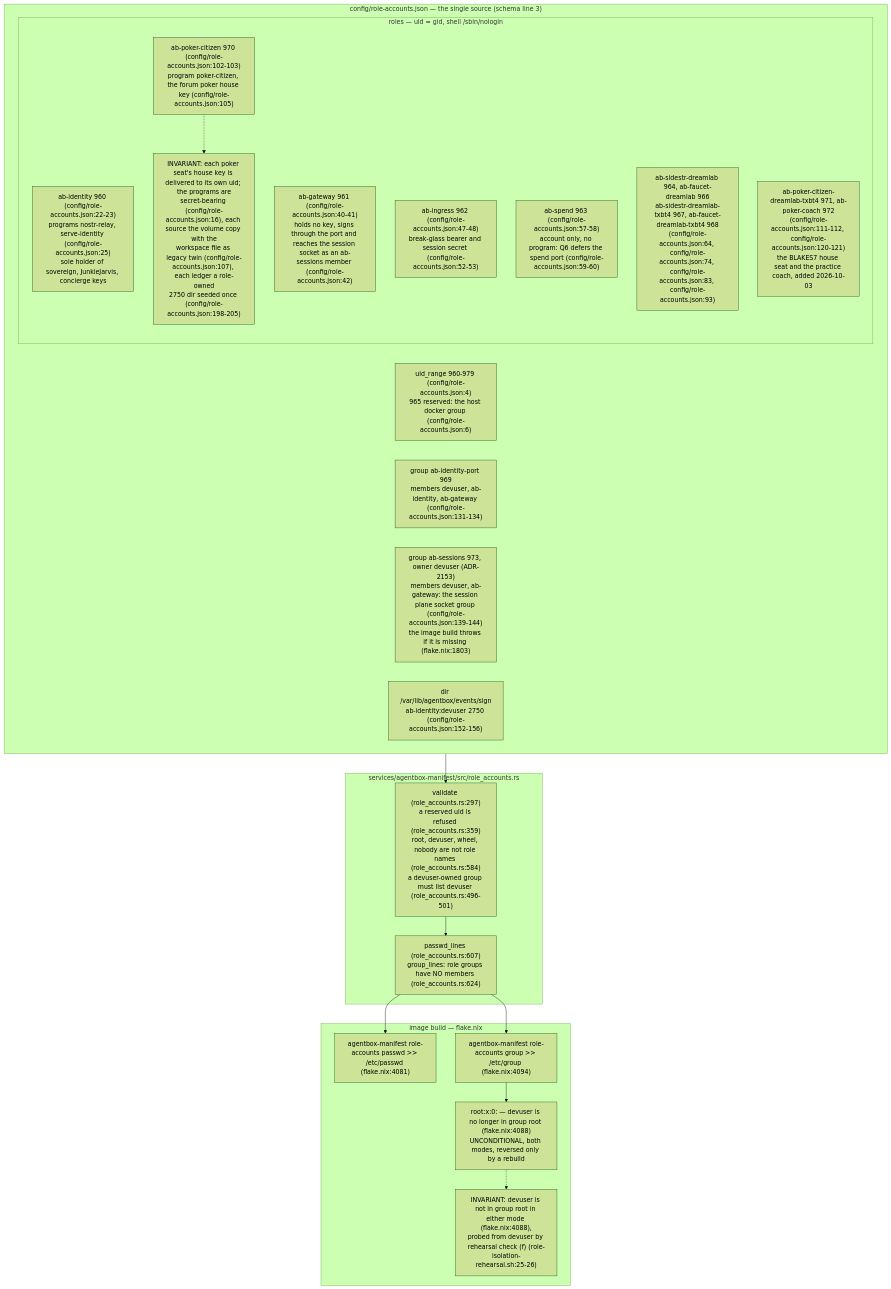
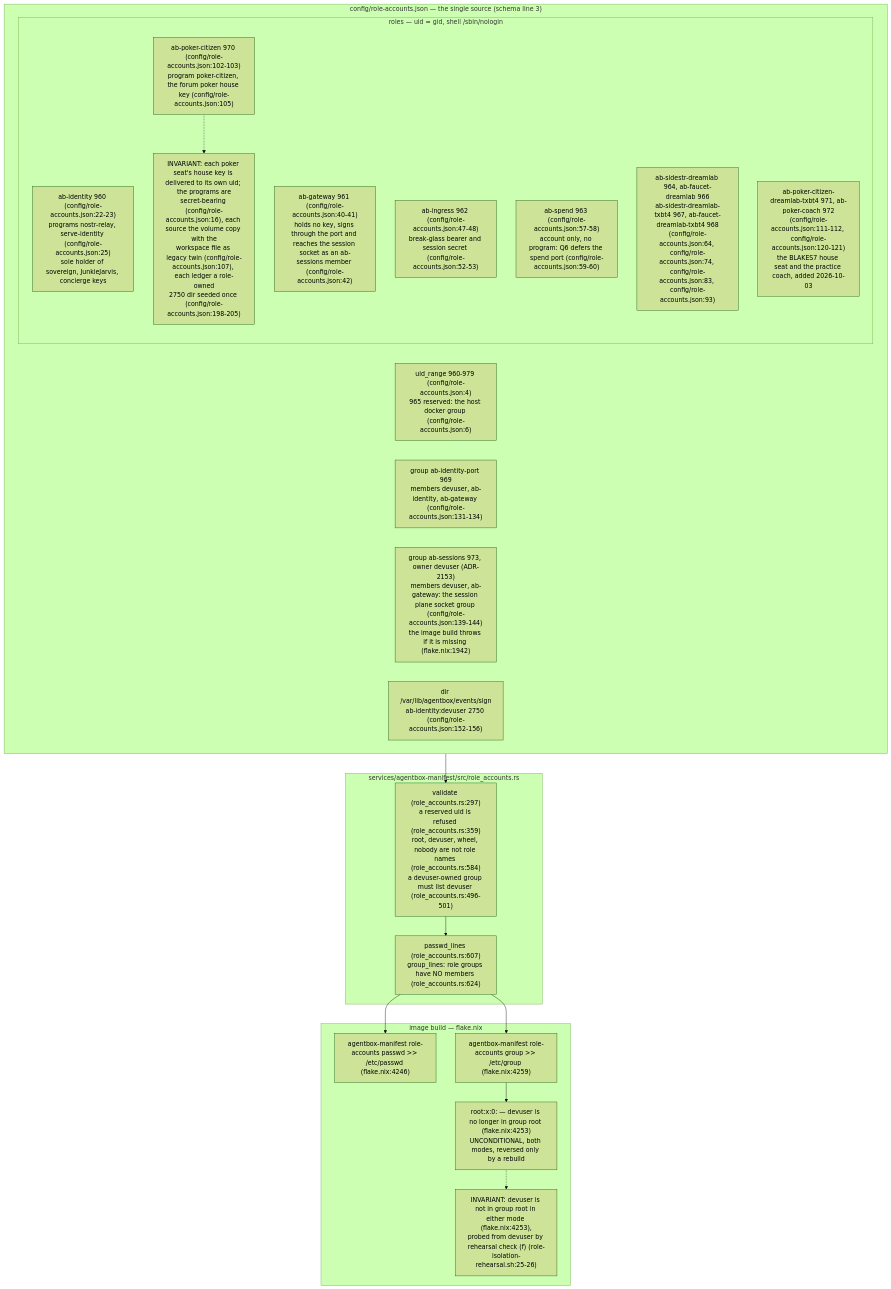
Before and after one commit to DreamLab-AI/VisionFlow: the first of 7 diagrams in docs/diagrams/agentbox/36-role-isolation-and-identity-port.md, drawn with Mermaid (forest theme). The commit also changed other lines of this file and 12 other files, not shown here.

````diff
--- a/docs/diagrams/agentbox/36-role-isolation-and-identity-port.md
+++ b/docs/diagrams/agentbox/36-role-isolation-and-identity-port.md
@@ -53,33 +53,33 @@
 ```mermaid
 flowchart TB
     subgraph TABLE["config/role-accounts.json — the single source (schema line 3)"]
         RANGE["uid_range 960-979 (config/role-accounts.json:4)<br/>965 reserved: the host docker group (config/role-accounts.json:6)"]
         subgraph ROLES["roles — uid = gid, shell /sbin/nologin"]
             ID["ab-identity 960 (config/role-accounts.json:22-23)<br/>programs nostr-relay, serve-identity (config/role-accounts.json:25)<br/>sole holder of sovereign, JunkieJarvis, concierge keys"]
             GW["ab-gateway 961 (config/role-accounts.json:40-41)<br/>holds no key, signs through the port and reaches the session socket as an ab-sessions member (config/role-accounts.json:42)"]
             IN["ab-ingress 962 (config/role-accounts.json:47-48)<br/>break-glass bearer and session secret (config/role-accounts.json:52-53)"]
             SP["ab-spend 963 (config/role-accounts.json:57-58)<br/>account only, no program: Q6 defers the spend port (config/role-accounts.json:59-60)"]
             CH["ab-sidestr-dreamlab 964, ab-faucet-dreamlab 966<br/>ab-sidestr-dreamlab-txbt4 967, ab-faucet-dreamlab-txbt4 968<br/>(config/role-accounts.json:64, config/role-accounts.json:74, config/role-accounts.json:83, config/role-accounts.json:93)"]
             PK["ab-poker-citizen 970 (config/role-accounts.json:102-103)<br/>program poker-citizen, the forum poker house key (config/role-accounts.json:105)"]
             PK2["ab-poker-citizen-dreamlab-txbt4 971, ab-poker-coach 972<br/>(config/role-accounts.json:111-112, config/role-accounts.json:120-121)<br/>the BLAKES7 house seat and the practice coach, added 2026-10-03"]
             PK -.-> N2["INVARIANT: each poker seat's house key is delivered to its own uid; the programs are<br/>secret-bearing (config/role-accounts.json:16), each source the volume copy with the<br/>workspace file as legacy twin (config/role-accounts.json:107), each ledger a role-owned<br/>2750 dir seeded once (config/role-accounts.json:198-205)"]
         end
         GRP["group ab-identity-port 969<br/>members devuser, ab-identity, ab-gateway (config/role-accounts.json:131-134)"]
-        GRP2["group ab-sessions 973, owner devuser (ADR-2153)<br/>members devuser, ab-gateway: the session plane socket group (config/role-accounts.json:139-144)<br/>the image build throws if it is missing (flake.nix:1803)"]
+        GRP2["group ab-sessions 973, owner devuser (ADR-2153)<br/>members devuser, ab-gateway: the session plane socket group (config/role-accounts.json:139-144)<br/>the image build throws if it is missing (flake.nix:1942)"]
         DIR["dir /var/lib/agentbox/events/sign<br/>ab-identity:devuser 2750 (config/role-accounts.json:152-156)"]
     end
     subgraph BUILD["image build — flake.nix"]
-        PW["agentbox-manifest role-accounts passwd >> /etc/passwd (flake.nix:4081)"]
-        GR["agentbox-manifest role-accounts group >> /etc/group (flake.nix:4094)"]
-        ROOTG["root:x:0: — devuser is no longer in group root (flake.nix:4088)<br/>UNCONDITIONAL, both modes, reversed only by a rebuild"]
-        ROOTG -.-> N1["INVARIANT: devuser is not in group root in either mode (flake.nix:4088),<br/>probed from devuser by rehearsal check (f) (role-isolation-rehearsal.sh:25-26)"]
+        PW["agentbox-manifest role-accounts passwd >> /etc/passwd (flake.nix:4246)"]
+        GR["agentbox-manifest role-accounts group >> /etc/group (flake.nix:4259)"]
+        ROOTG["root:x:0: — devuser is no longer in group root (flake.nix:4253)<br/>UNCONDITIONAL, both modes, reversed only by a rebuild"]
+        ROOTG -.-> N1["INVARIANT: devuser is not in group root in either mode (flake.nix:4253),<br/>probed from devuser by rehearsal check (f) (role-isolation-rehearsal.sh:25-26)"]
     end
     subgraph RUST["services/agentbox-manifest/src/role_accounts.rs"]
         VAL["validate (role_accounts.rs:297)<br/>a reserved uid is refused (role_accounts.rs:359)<br/>root, devuser, wheel, nobody are not role names (role_accounts.rs:584)<br/>a devuser-owned group must list devuser (role_accounts.rs:496-501)"]
         LINES["passwd_lines (role_accounts.rs:607)<br/>group_lines: role groups have NO members (role_accounts.rs:624)"]
     end
     TABLE --> VAL --> LINES
     LINES --> PW
     LINES --> GR
     GR --> ROOTG
 ```
````
